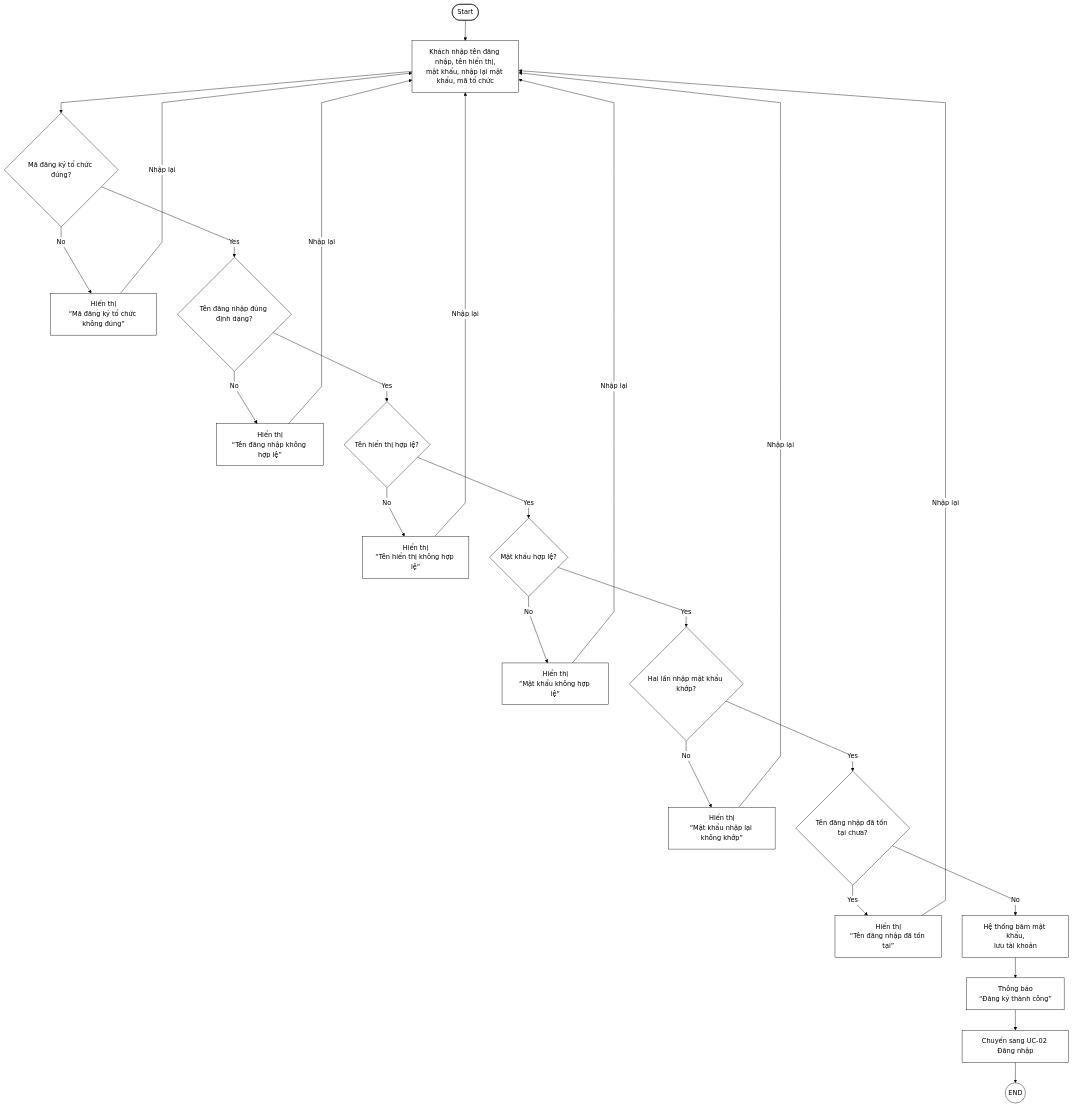
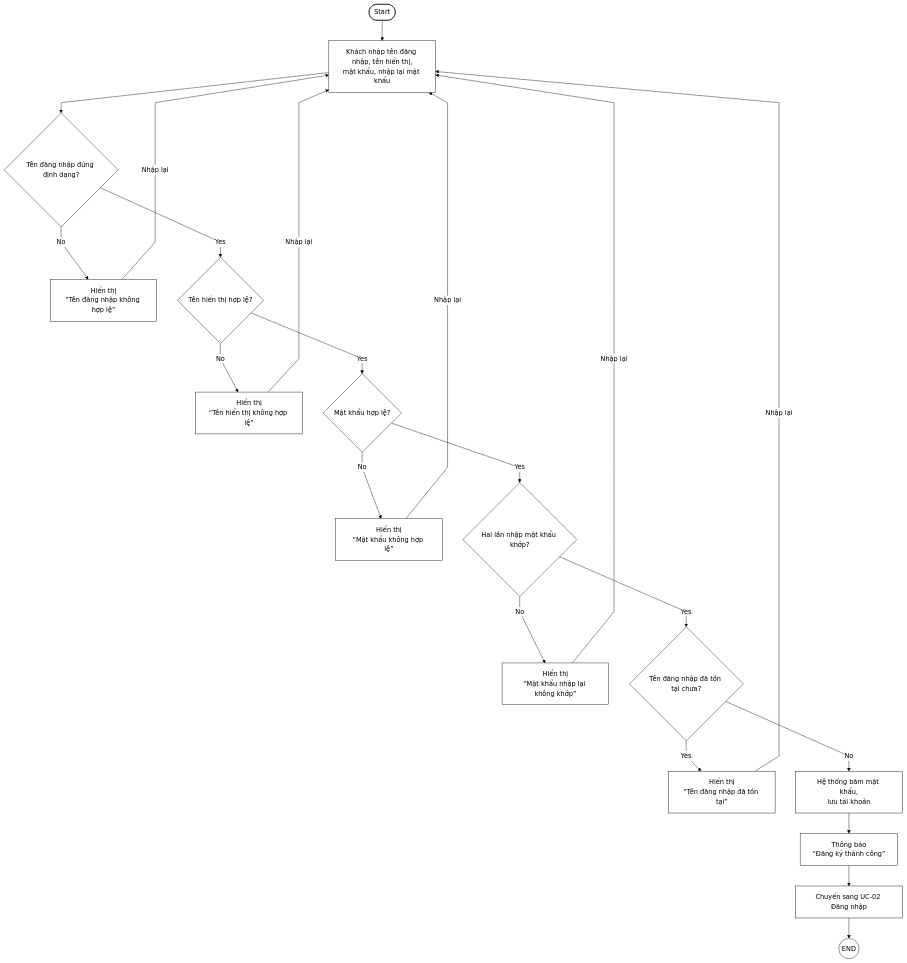
The second of 18 diagrams in 04-use-cases.md (quangdungnguyen1983/chat-nhom-2), drawn with Mermaid before and after one commit. The commit also changed other lines of this file and 29 other files, not shown here.

First line of the commit message:
Bỏ hẳn "Mã đăng ký tổ chức": đăng ký tự do

````diff
--- a/04-use-cases.md
+++ b/04-use-cases.md
@@ -174,31 +171,28 @@
 ```mermaid
 %%{init: {"theme": "neutral", "flowchart": {"curve": "linear"}}}%%
 flowchart TD
     classDef default fill:#ffffff,stroke:#000000,color:#000000
     linkStyle default stroke:#000000
     S(["Start"])
-    S --> A["Khách nhập tên đăng nhập, tên hiển thị,<br/>mật khẩu, nhập lại mật khẩu, mã tổ chức"]
-    A --> B{"Mã đăng ký tổ chức đúng?"}
-    B -->|No| X1["Hiển thị<br/>“Mã đăng ký tổ chức không đúng”"]
-    X1 -->|Nhập lại| A
-    B -->|Yes| C{"Tên đăng nhập đúng định dạng?"}
+    S --> A["Khách nhập tên đăng nhập, tên hiển thị,<br/>mật khẩu, nhập lại mật khẩu"]
+    A --> C{"Tên đăng nhập đúng định dạng?"}
     C -->|No| X2["Hiển thị<br/>“Tên đăng nhập không hợp lệ”"]
     X2 -->|Nhập lại| A
     C -->|Yes| D{"Tên hiển thị hợp lệ?"}
     D -->|No| X3["Hiển thị<br/>“Tên hiển thị không hợp lệ”"]
     X3 -->|Nhập lại| A
     D -->|Yes| F{"Mật khẩu hợp lệ?"}
     F -->|No| X4["Hiển thị<br/>“Mật khẩu không hợp lệ”"]
     X4 -->|Nhập lại| A
     F -->|Yes| G{"Hai lần nhập mật khẩu khớp?"}
     G -->|No| X5["Hiển thị<br/>“Mật khẩu nhập lại không khớp”"]
     X5 -->|Nhập lại| A
     G -->|Yes| H{"Tên đăng nhập đã tồn tại chưa?"}
     H -->|Yes| X6["Hiển thị<br/>“Tên đăng nhập đã tồn tại”"]
     X6 -->|Nhập lại| A
     H -->|No| I["Hệ thống băm mật khẩu,<br/>lưu tài khoản"]
     I --> J["Thông báo<br/>“Đăng ký thành công”"]
     J --> K["Chuyển sang UC-02 Đăng nhập"]
     K --> E
     E(("END"))
 ```
````
